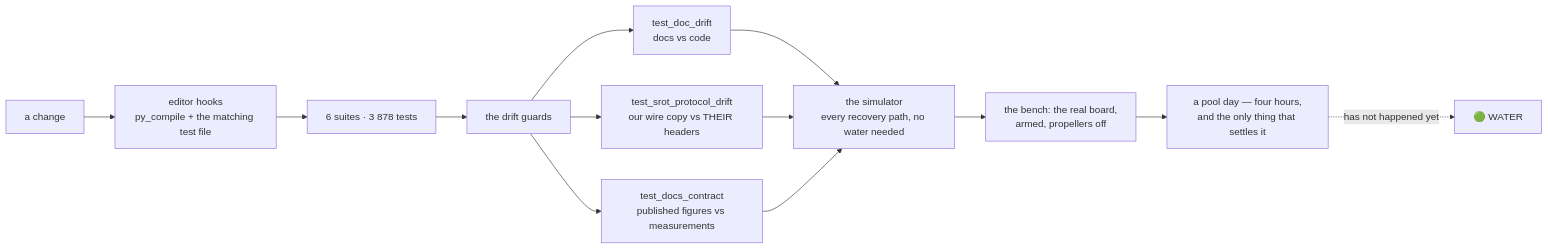
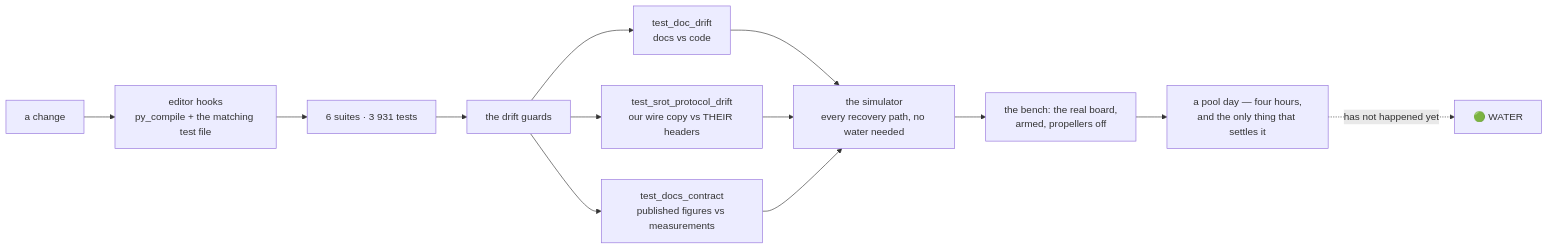
One commit to fh1m/mongla_ws changed the ninth of 10 diagrams in README.md. Above: the diagram before and after it, drawn with Mermaid. The commit also changed other lines of this file and 1 other file, not shown here.

````diff
--- a/README.md
+++ b/README.md
@@ -752,15 +752,15 @@
 ```mermaid
 flowchart LR
     DEV["a change"] --> HOOK["editor hooks<br/>py_compile + the matching test file"]
-    HOOK --> UNIT["6 suites · 3 878 tests"]
+    HOOK --> UNIT["6 suites · 3 931 tests"]
     UNIT --> GUARD["the drift guards"]
     GUARD --> G1["test_doc_drift<br/>docs vs code"]
     GUARD --> G2["test_srot_protocol_drift<br/>our wire copy vs THEIR headers"]
     GUARD --> G3["test_docs_contract<br/>published figures vs measurements"]
     G1 --> SIM["the simulator<br/>every recovery path, no water needed"]
     G2 --> SIM
     G3 --> SIM
     SIM --> BENCH["the bench: the real board,<br/>armed, propellers off"]
     BENCH --> POOL["a pool day — four hours,<br/>and the only thing that settles it"]
     POOL -.->|"has not happened yet"| WATER["🟢 WATER"]
 ```
````
